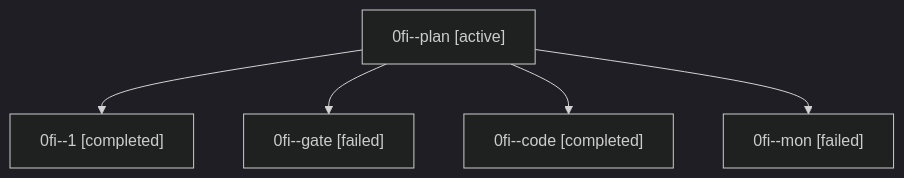
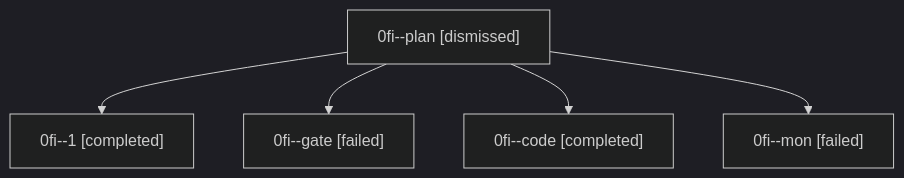
One commit to sase-org/sase--agents changed the diagram in sessions/bbugyi200.athena.0fi.md. Above: the diagram before and after it, drawn with Mermaid (dark theme). The commit also changed other lines of this file and 39 other files, not shown here.

````diff
--- a/sessions/bbugyi200.athena.0fi.md
+++ b/sessions/bbugyi200.athena.0fi.md
@@ -9,12 +9,12 @@
 ```mermaid
 flowchart TD
-  n0["0fi--plan [active]"]
+  n0["0fi--plan [dismissed]"]
   n1["0fi--1 [completed]"]
   n0 --> n1
   n2["0fi--gate [failed]"]
   n0 --> n2
   n3["0fi--code [completed]"]
   n0 --> n3
   n4["0fi--mon [failed]"]
   n0 --> n4
 ```
````
